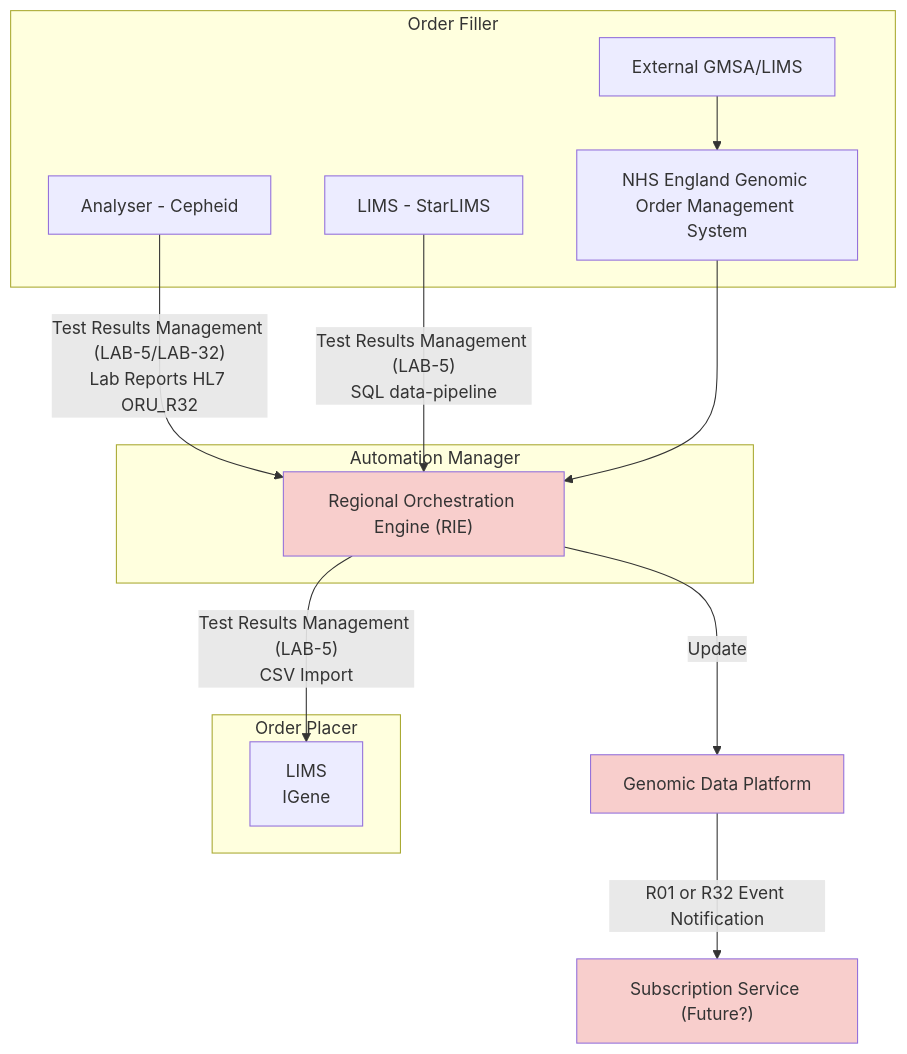
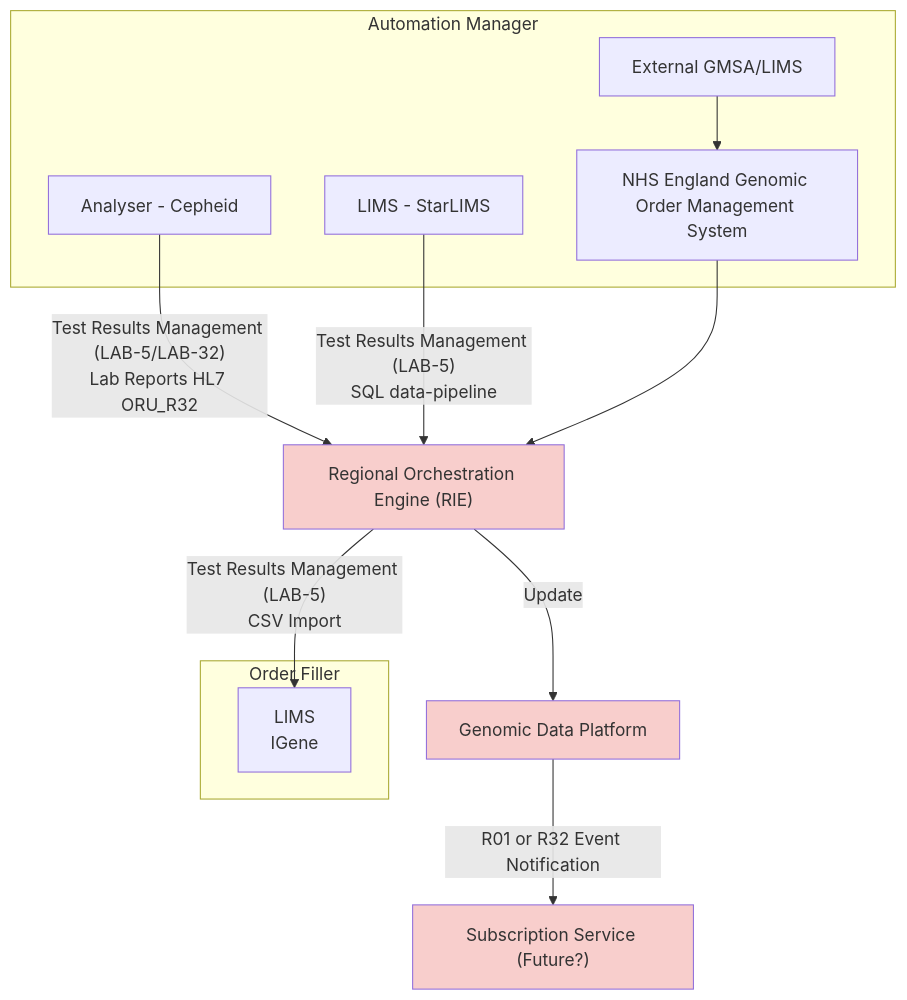
The sixth of 6 diagrams in input/pagecontent/LTW.md (nw-gmsa/nw-gmsa.github.com), drawn with Mermaid before and after one commit. The commit also changed other lines of this file, not shown here.

Commit message:
Diagram typo fix

````diff
--- a/input/pagecontent/LTW.md
+++ b/input/pagecontent/LTW.md
@@ -423,36 +416,35 @@
 ```mermaid
 graph TD
 
-subgraph GenomicLIMS["Order Placer"];
+subgraph GenomicLIMS["Order Filler"];
     iGene[LIMS<br/>IGene]
 end
 
-subgraph Analyser["Order Filler"];
+subgraph Analyser["Automation Manager"];
     Cepheid[Analyser - Cepheid]
     StarLIMS[LIMS - StarLIMS]
     ExtLIMS[External GMSA/LIMS]
     GOMS["NHS England Genomic Order Management System"] 
     ExtLIMS --> GOMS
 end
 
-subgraph HIE["Automation Manager"];
-    RIE["Regional Orchestration Engine (RIE)"]
-end
+
+RIE["Regional Orchestration Engine (RIE)"]
 
 GDP["Genomic Data Platform"]
 PubSub["Subscription Service (Future?)"]
 
 RIE --> |Update| GDP
 GDP --> |R01 or R32 Event Notification| PubSub
 
 Cepheid --> |"Test Results Management (LAB-5/LAB-32)<br/>Lab Reports HL7 ORU_R32"| RIE
 StarLIMS --> |"Test Results Management (LAB-5)<br/>SQL data-pipeline"| RIE
 GOMS --> RIE
 
 RIE --> |"Test Results Management (LAB-5)<br/>CSV Import"| iGene
 
 classDef purple fill:#E1D5E7;
 classDef pink fill:#F8CECC;
 
 class GDP,RIE,PubSub pink;
 ```
````
